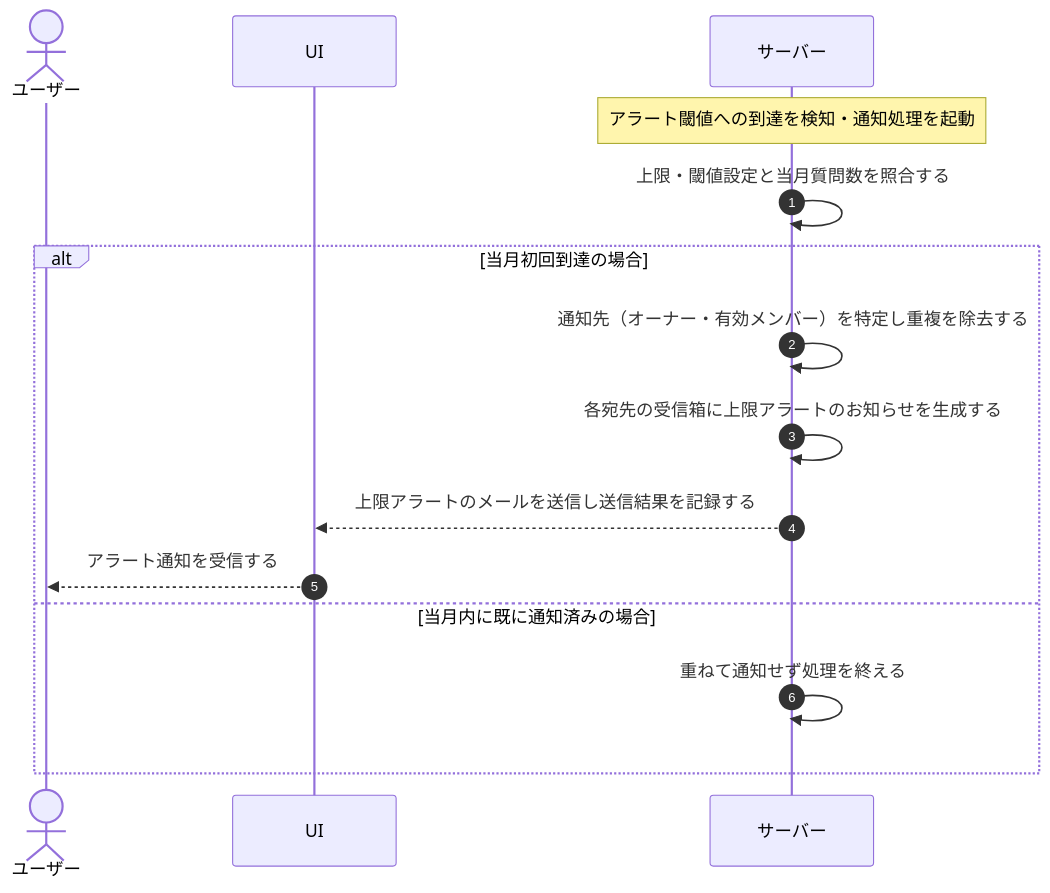
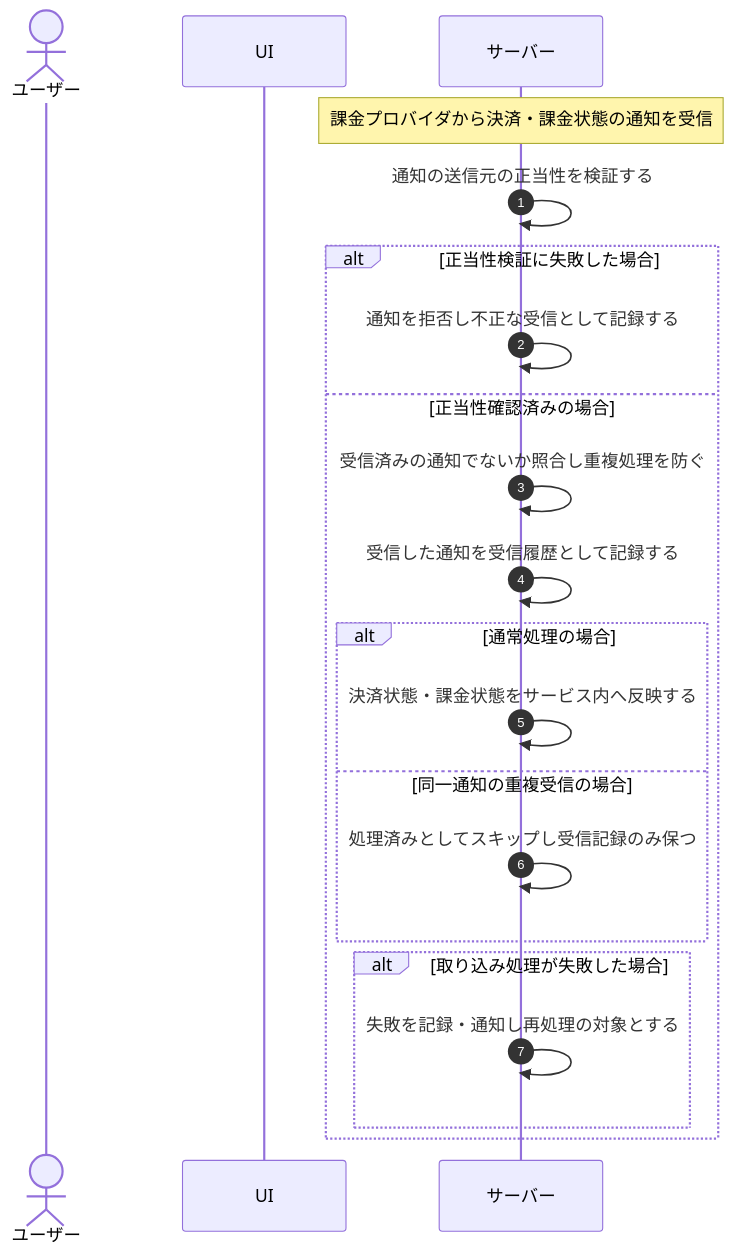
The diagram in 01_requirements/04_business_usecases/UC-056.md (sikakou54/open-faq), drawn with Mermaid before and after one commit. The commit also changed other lines of this file and 395 other files, not shown here.

````diff
--- a/01_requirements/04_business_usecases/UC-056.md
+++ b/01_requirements/04_business_usecases/UC-056.md
@@ -27,19 +26,27 @@
 ```mermaid
 sequenceDiagram
   autonumber
   actor U as ユーザー
   participant UI as UI
   participant S as サーバー
 
-  Note over S: アラート閾値への到達を検知・通知処理を起動
-  S->>S: 上限・閾値設定と当月質問数を照合する
+  Note over S: 課金プロバイダから決済・課金状態の通知を受信
+  S->>S: 通知の送信元の正当性を検証する
 
-  alt 当月初回到達の場合
-    S->>S: 通知先（オーナー・有効メンバー）を特定し重複を除去する
-    S->>S: 各宛先の受信箱に上限アラートのお知らせを生成する
-    S-->>UI: 上限アラートのメールを送信し送信結果を記録する
-    UI-->>U: アラート通知を受信する
-  else 当月内に既に通知済みの場合
-    S->>S: 重ねて通知せず処理を終える
+  alt 正当性検証に失敗した場合
+    S->>S: 通知を拒否し不正な受信として記録する
+  else 正当性確認済みの場合
+    S->>S: 受信済みの通知でないか照合し重複処理を防ぐ
+    S->>S: 受信した通知を受信履歴として記録する
+
+    alt 通常処理の場合
+      S->>S: 決済状態・課金状態をサービス内へ反映する
+    else 同一通知の重複受信の場合
+      S->>S: 処理済みとしてスキップし受信記録のみ保つ
+    end
+
+    alt 取り込み処理が失敗した場合
+      S->>S: 失敗を記録・通知し再処理の対象とする
+    end
   end
 ```
````
